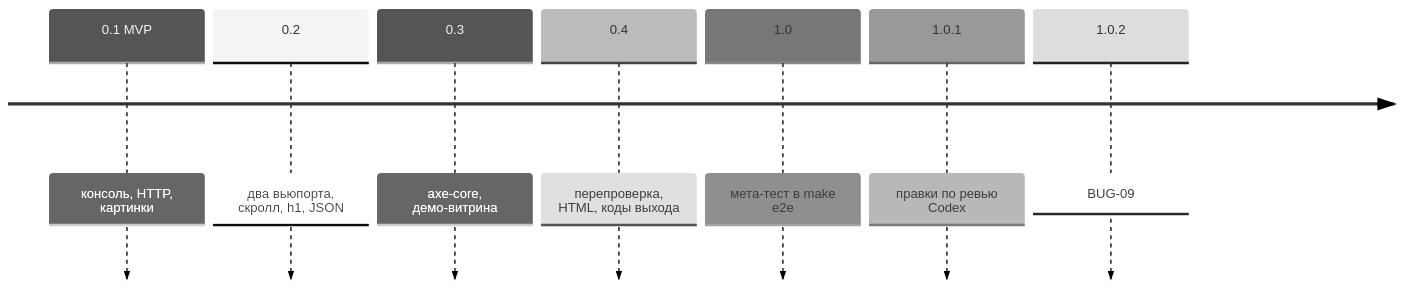
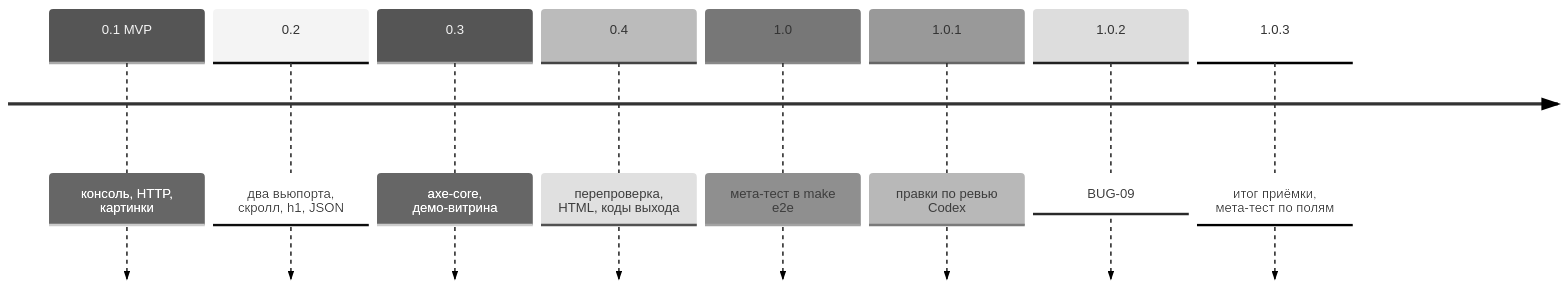
Before and after one commit to Georgy213123/shopprobe: the diagram in docs/07-releases.md, drawn with Mermaid (neutral theme). The commit also changed 20 other files, not shown here.

First line of the commit message:
fix(probe): однозначный итог приёмки в отчёте, мета-тест сверяет находки по полям

````diff
--- a/docs/07-releases.md
+++ b/docs/07-releases.md
@@ -5,10 +5,11 @@
 ```mermaid
 timeline
   0.1 MVP : консоль, HTTP, картинки
   0.2 : два вьюпорта, скролл, h1, JSON
   0.3 : axe-core, демо-витрина
   0.4 : перепроверка, HTML, коды выхода
   1.0 : мета-тест в make e2e
   1.0.1 : правки по ревью Codex
   1.0.2 : BUG-09
+  1.0.3 : итог приёмки, мета-тест по полям
 ```
````
